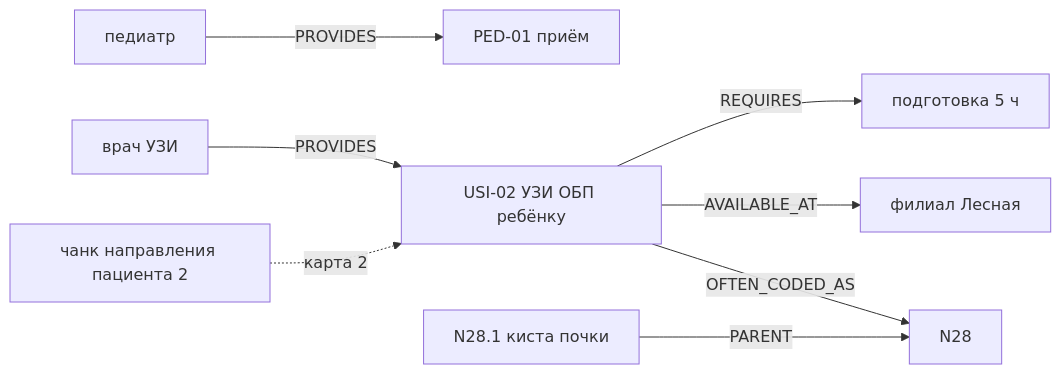
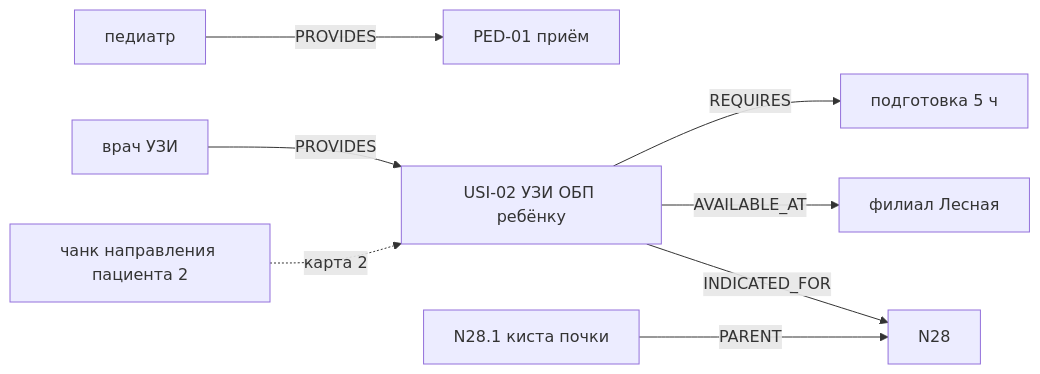
One commit to divisee/otus-ai-architect changed diagram 11 of 12 in final-project/README.md. Above: the diagram before and after it, drawn with Mermaid. The commit also changed other lines of this file and 7 other files, not shown here.

````diff
--- a/final-project/README.md
+++ b/final-project/README.md
@@ -1263,10 +1265,10 @@
 ```mermaid
 flowchart LR
     Ped[педиатр] -->|PROVIDES| PED[PED-01 приём]
     Uzi[врач УЗИ] -->|PROVIDES| USI2[USI-02 УЗИ ОБП ребёнку]
     USI2 -->|REQUIRES| Prep[подготовка 5 ч]
     USI2 -->|AVAILABLE_AT| Les[филиал Лесная]
-    USI2 -->|OFTEN_CODED_AS| N28[N28]
+    USI2 -->|INDICATED_FOR| N28[N28]
     N281[N28.1 киста почки] -->|PARENT| N28
     Chunk[чанк направления пациента 2] -.->|карта 2| USI2
 ```
````
